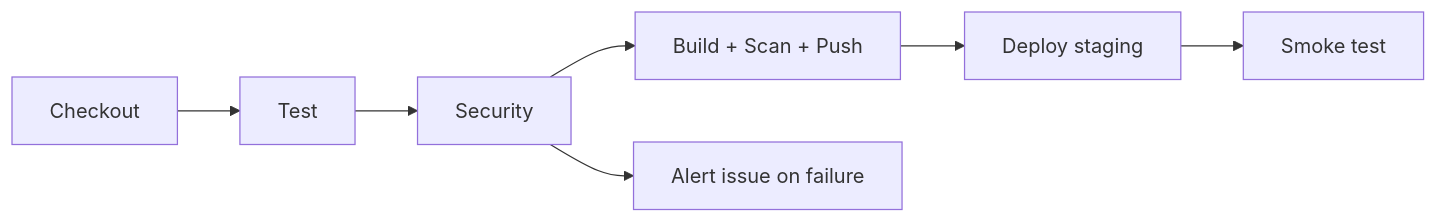
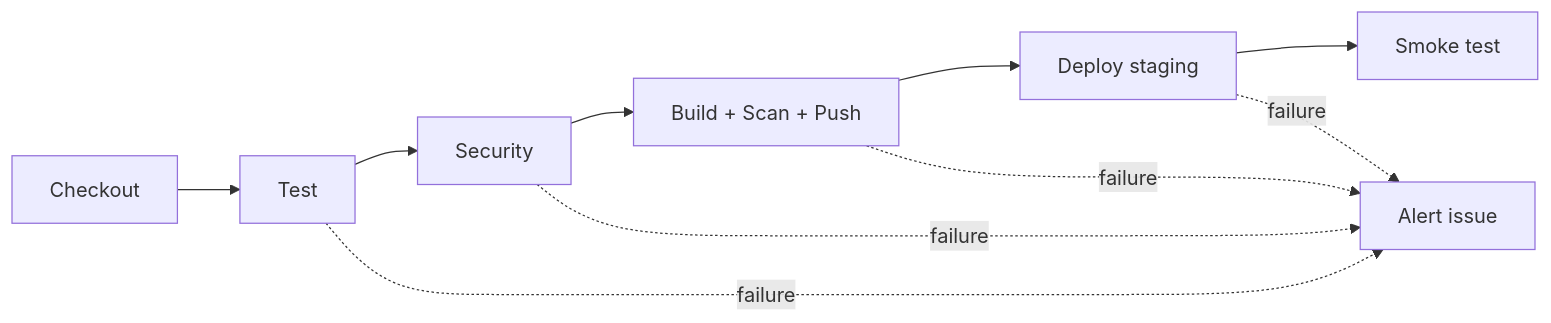
One commit to kaYv-1/devops_007d_ols changed the diagram in README.md. Above: the diagram before and after it, drawn with Mermaid. The commit also changed other lines of this file and 5 other files, not shown here.

````diff
--- a/README.md
+++ b/README.md
@@ -14,9 +14,12 @@
 ```mermaid
 flowchart LR
     A[Checkout] --> B[Test]
     B --> C[Security]
     C --> D[Build + Scan + Push]
     D --> E[Deploy staging]
     E --> F[Smoke test]
-    C --> G[Alert issue on failure]
+    B -. failure .-> G[Alert issue]
+    C -. failure .-> G
+    D -. failure .-> G
+    E -. failure .-> G
 ```
````
